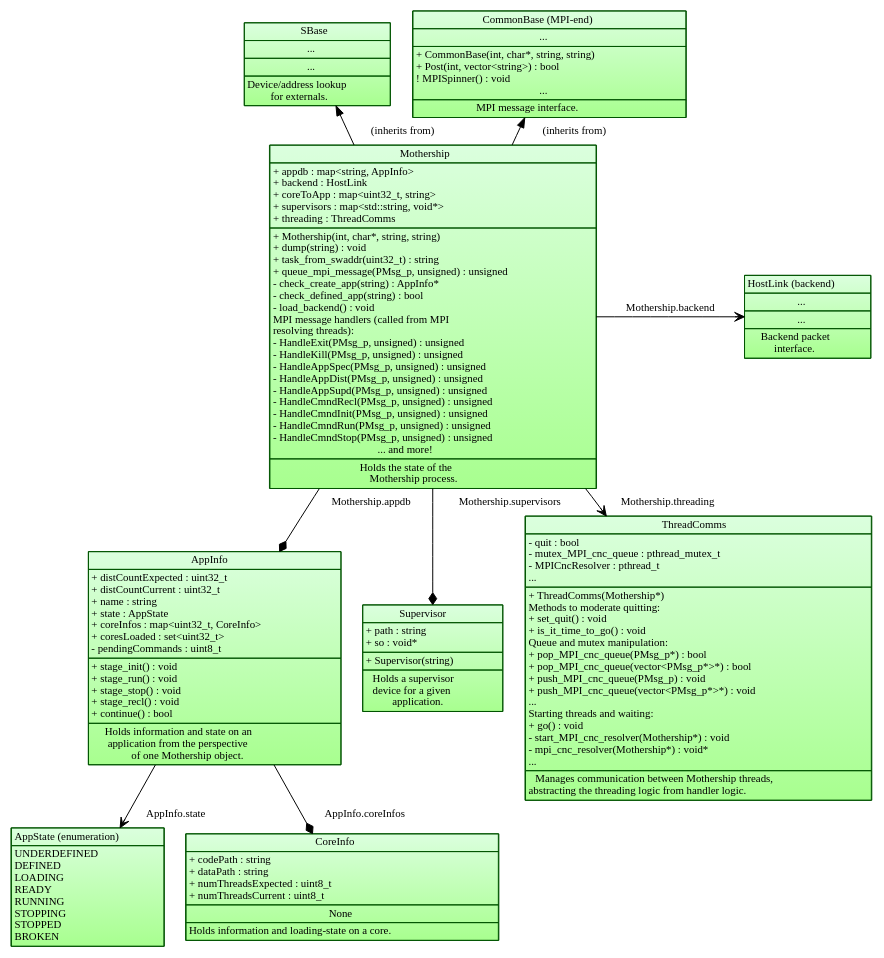
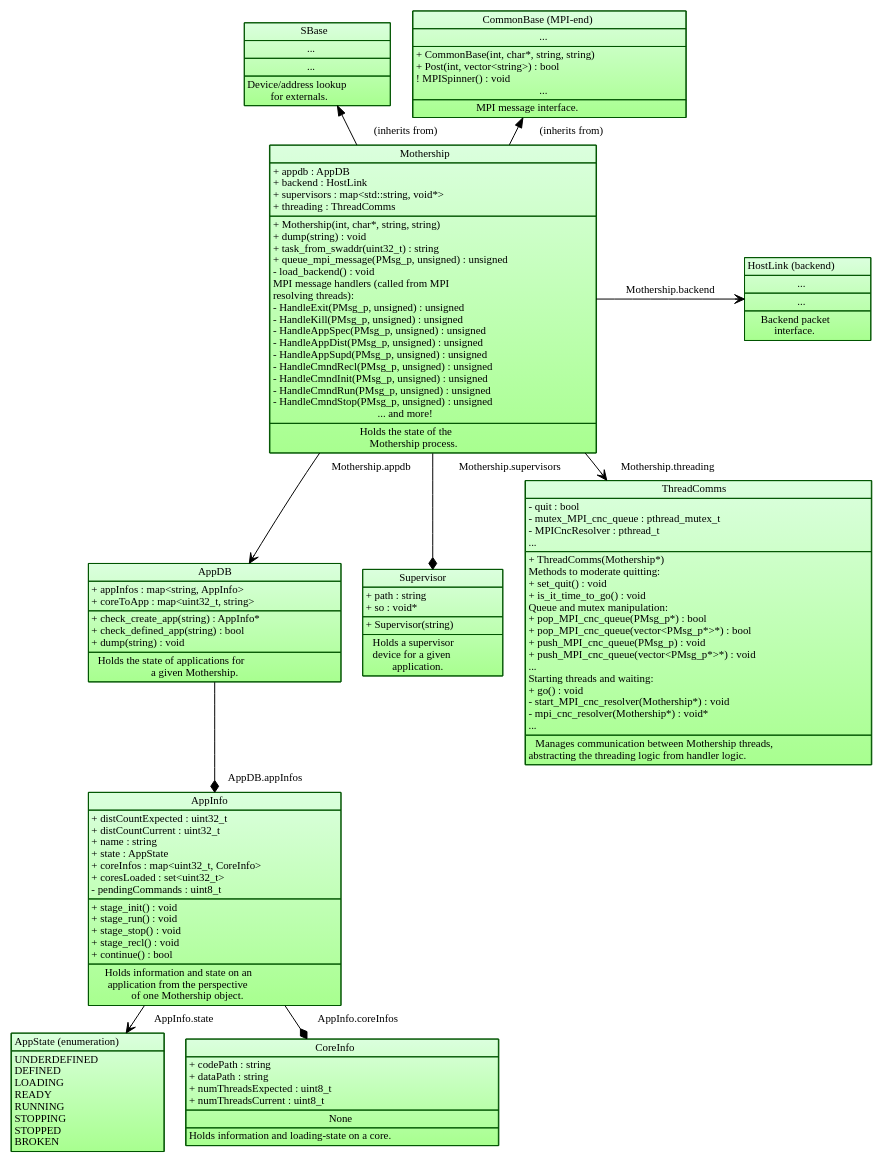
One commit to POETSII/orchestrator-documentation changed the diagram in images/source/mothership_data_structure.dot. Above: the diagram before and after it, drawn with Graphviz. The commit also changed 1 other file, not shown here.

Commit message:
Introduce an 'AppDB' class to abstract away from Mothership.

```diff
--- a/images/source/mothership_data_structure.dot
+++ b/images/source/mothership_data_structure.dot
@@ -85,6 +85,22 @@
 Holds information and loading-state on a core.<BR ALIGN="TEXT"/>
 </TD></TR></TABLE>>];
 
+    AppDB[label=<<TABLE BORDER="0" CELLBORDER="1" CELLSPACING="0">
+<TR><TD>AppDB</TD></TR>
+<TR><TD ALIGN="LEFT">
++ appInfos : map&lt;string, AppInfo&gt;<BR ALIGN="LEFT"/>
++ coreToApp : map&lt;uint32_t, string&gt;<BR ALIGN="LEFT"/>
+</TD></TR>
+<TR><TD ALIGN="LEFT">
++ check_create_app(string) : AppInfo*<BR ALIGN="LEFT"/>
++ check_defined_app(string) : bool<BR ALIGN="LEFT"/>
++ dump(string) : void<BR ALIGN="LEFT"/>
+</TD></TR>
+<TR><TD ALIGN="TEXT">
+Holds the state of applications for<BR ALIGN="TEXT"/>
+a given Mothership.
+</TD></TR></TABLE>>];
+
     AppInfo[label=<<TABLE BORDER="0" CELLBORDER="1" CELLSPACING="0">
 <TR><TD>AppInfo</TD></TR>
 <TR><TD ALIGN="LEFT">
@@ -127,9 +143,8 @@
     Mothership[label=<<TABLE BORDER="0" CELLBORDER="1" CELLSPACING="0">
 <TR><TD>Mothership</TD></TR>
 <TR><TD ALIGN="LEFT">
-+ appdb : map&lt;string, AppInfo&gt;<BR ALIGN="LEFT"/>
++ appdb : AppDB<BR ALIGN="LEFT"/>
 + backend : HostLink<BR ALIGN="LEFT"/>
-+ coreToApp : map&lt;uint32_t, string&gt;<BR ALIGN="LEFT"/>
 + supervisors : map&lt;std::string, void*&gt;<BR ALIGN="LEFT"/>
 + threading : ThreadComms<BR ALIGN="LEFT"/>
 </TD></TR>
@@ -138,8 +153,6 @@
 + dump(string) : void<BR ALIGN="LEFT"/>
 + task_from_swaddr(uint32_t) : string<BR ALIGN="LEFT"/>
 + queue_mpi_message(PMsg_p, unsigned) : unsigned<BR ALIGN="LEFT"/>
-- check_create_app(string) : AppInfo*<BR ALIGN="LEFT"/>
-- check_defined_app(string) : bool<BR ALIGN="LEFT"/>
 - load_backend() : void<BR ALIGN="LEFT"/>
 MPI message handlers (called from MPI<BR ALIGN="LEFT"/>
 resolving threads):<BR ALIGN="LEFT"/>
@@ -238,11 +251,12 @@
         AppInfo -> AppState[label=" AppInfo.state"];
         Mothership -> HostLink[label=" Mothership.backend"];
         Mothership -> ThreadComms[label=" Mothership.threading"];
+        Mothership -> AppDB[label=" Mothership.appdb"];
     }
 
     /* One-to-many containment. */
     {edge[arrowhead="diamond"];
-        Mothership -> AppInfo[label=" Mothership.appdb"];
+        AppDB -> AppInfo[label=" AppDB.appInfos"];
         Mothership -> Supervisor[label=" Mothership.supervisors"];
         AppInfo -> CoreInfo[label=" AppInfo.coreInfos"];
     }
```
